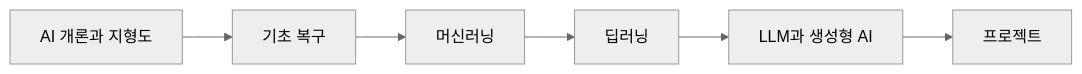
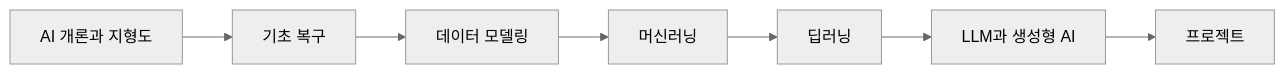
Before and after one commit to devchan64/AiBook: the diagram in docs/book/table-of-contents.md, drawn with Mermaid (neutral theme). The commit also changed other lines of this file and 13 other files, not shown here.

````diff
--- a/docs/book/table-of-contents.md
+++ b/docs/book/table-of-contents.md
@@ -7,11 +7,12 @@
 ```mermaid
 flowchart LR
   A[AI 개론과 지형도]
   B[기초 복구]
-  C[머신러닝]
-  D[딥러닝]
-  E[LLM과 생성형 AI]
-  F[프로젝트]
+  C[데이터 모델링]
+  D[머신러닝]
+  E[딥러닝]
+  F[LLM과 생성형 AI]
+  G[프로젝트]
 
-  A --> B --> C --> D --> E --> F
+  A --> B --> C --> D --> E --> F --> G
 ```
````
